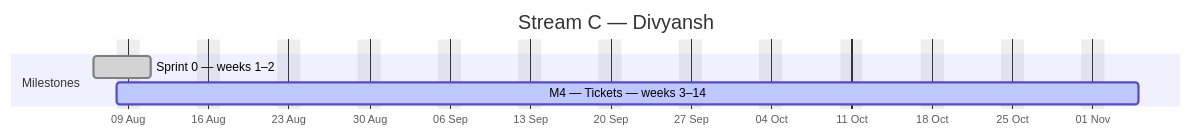
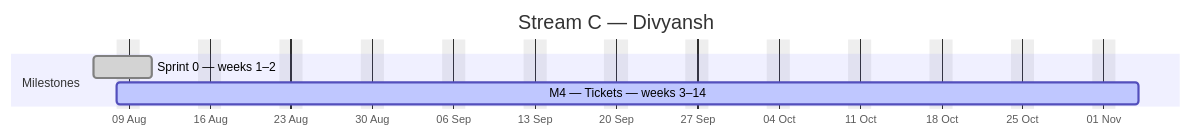
The third of 4 diagrams in docs/plan/GANTT.md (debashisedunext/EduTrack), drawn with Mermaid before and after one commit. The commit also changed other lines of this file and 3 other files, not shown here.

````diff
--- a/docs/plan/GANTT.md
+++ b/docs/plan/GANTT.md
@@ -145,10 +144,10 @@
 ```mermaid
 gantt
     dateFormat YYYY-MM-DD
     axisFormat %d %b
     title Stream C — Divyansh
     excludes weekends
     section Milestones
     Sprint 0 — weeks 1–2 :done, c0, 2026-08-06, 3d
-    M4 — Tickets — weeks 3–14 :active, c1, 2026-08-08, 64d
+    M4 — Tickets — weeks 3–14 :active, c1, 2026-08-08, 63d
 ```
````
